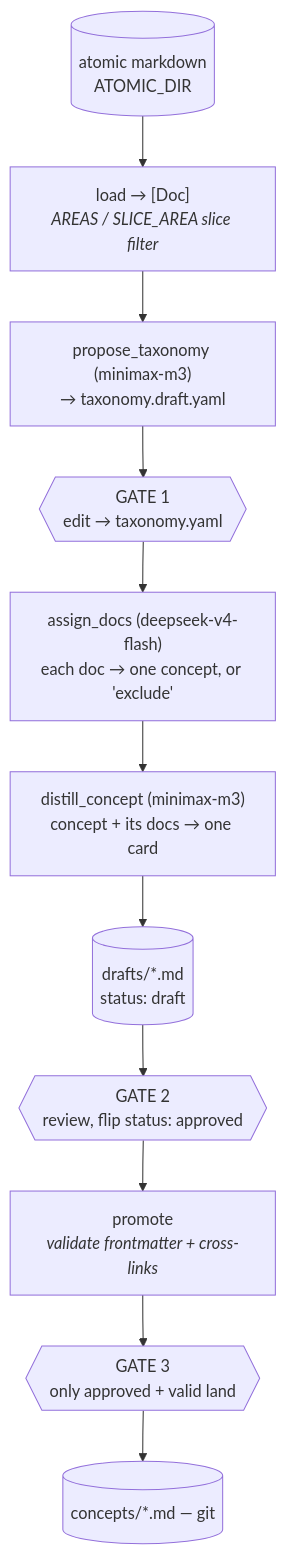
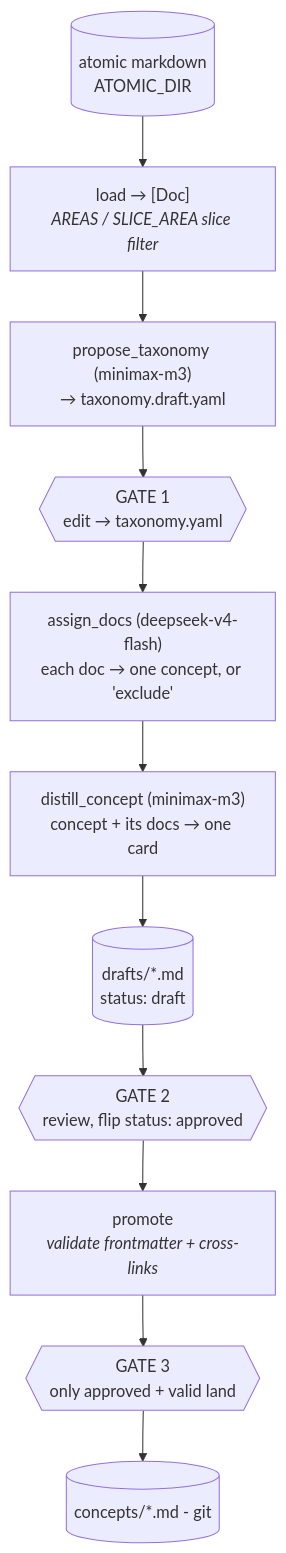
The third of 9 diagrams in knowledge/okf/docs/OKF-Pipeline.md (voyagerforge-dev/hive-intelligence), drawn with Mermaid before and after one commit. The commit also changed other lines of this file, not shown here.

````diff
--- a/knowledge/okf/docs/OKF-Pipeline.md
+++ b/knowledge/okf/docs/OKF-Pipeline.md
@@ -236,13 +235,13 @@
 ```mermaid
 flowchart TD
     atomic[("atomic markdown<br/>ATOMIC_DIR")] --> load["load → [Doc]<br/><i>AREAS / SLICE_AREA slice filter</i>"]
     load --> tax["propose_taxonomy (minimax-m3)<br/>→ taxonomy.draft.yaml"]
     tax --> g1{{"GATE 1<br/>edit → taxonomy.yaml"}}
     g1 --> assign["assign_docs (deepseek-v4-flash)<br/>each doc → one concept, or 'exclude'"]
     assign --> distill["distill_concept (minimax-m3)<br/>concept + its docs → one card"]
     distill --> drafts[("drafts/*.md<br/>status: draft")]
     drafts --> g2{{"GATE 2<br/>review, flip status: approved"}}
     g2 --> promote["promote<br/><i>validate frontmatter + cross-links</i>"]
     promote --> g3{{"GATE 3<br/>only approved + valid land"}}
-    g3 --> cards[("concepts/*.md — git")]
+    g3 --> cards[("concepts/*.md - git")]
 ```
````
